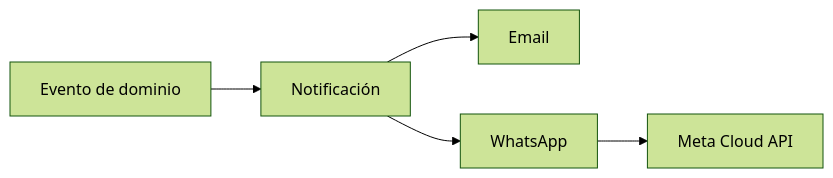
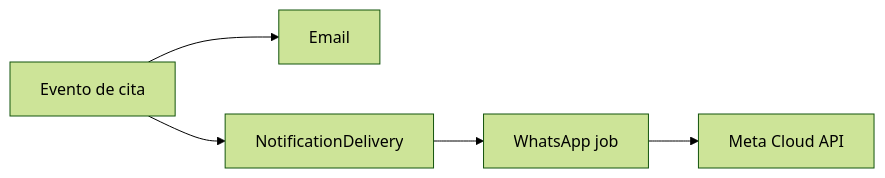
One commit to stefan-re-bl/appointments-kit changed the third of 3 diagrams in ARCHITECTURE.md. Above: the diagram before and after it, drawn with Mermaid (forest theme). The commit also changed other lines of this file and 101 other files, not shown here.

````diff
--- a/ARCHITECTURE.md
+++ b/ARCHITECTURE.md
@@ -118,7 +165,7 @@
 ```mermaid
 flowchart LR
-    event["Evento de dominio"] --> notification["Notificación"]
-    notification --> email["Email"]
-    notification --> whatsapp["WhatsApp"]
+    event["Evento de cita"] --> email["Email"]
+    event --> delivery["NotificationDelivery"]
+    delivery --> whatsapp["WhatsApp job"]
     whatsapp --> meta["Meta Cloud API"]
 ```
````
